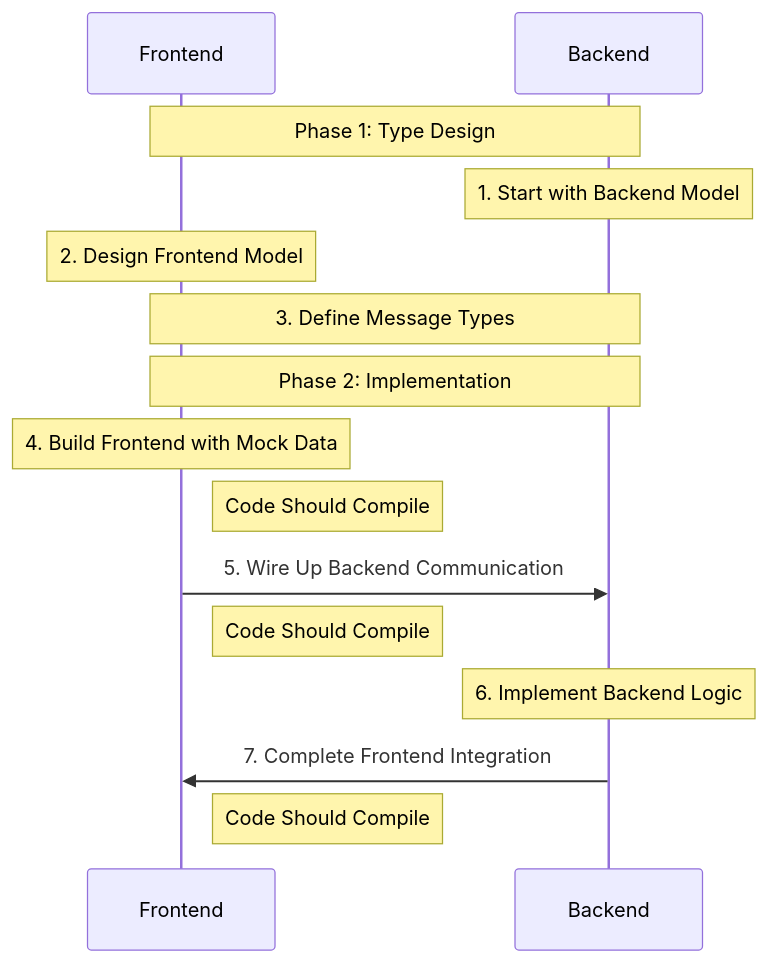
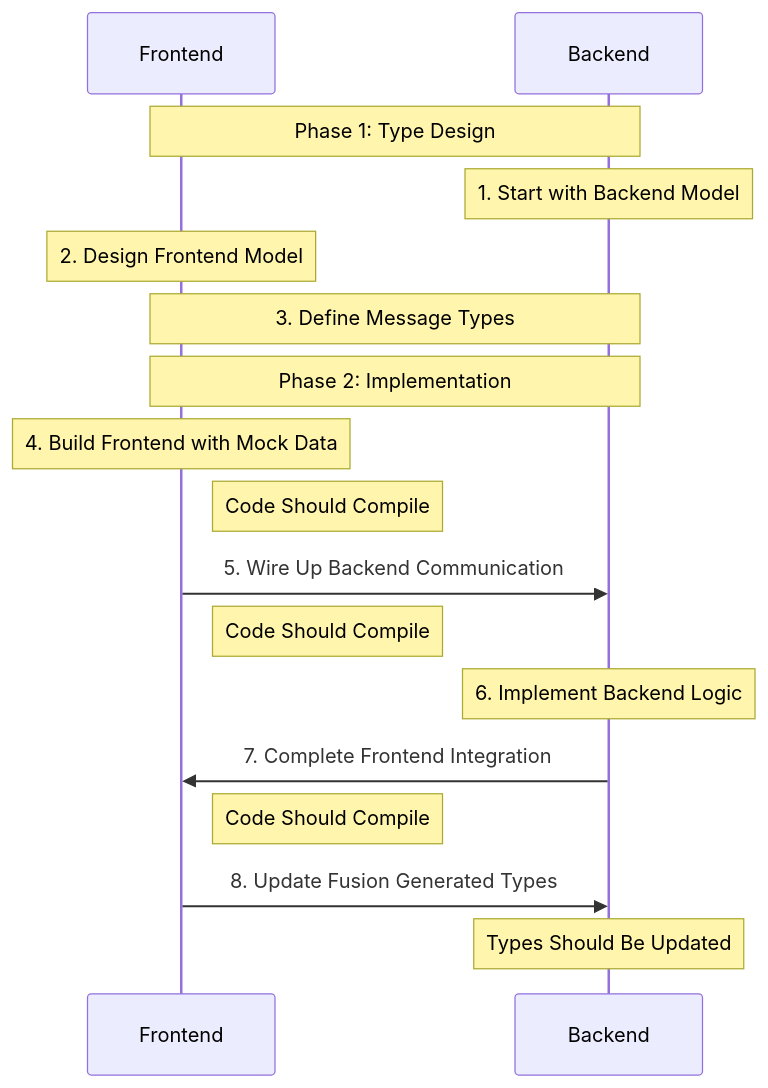
The diagram in docs/The_Lamdera_guide_for_AIs.md (sjalq/starter-project), drawn with Mermaid before and after one commit. The commit also changed other lines of this file, not shown here.

Commit message:
added instruction about fusion

````diff
--- a/docs/The_Lamdera_guide_for_AIs.md
+++ b/docs/The_Lamdera_guide_for_AIs.md
@@ -130,24 +133,27 @@
 ```mermaid
 sequenceDiagram
     participant FE as Frontend
     participant BE as Backend
     
     Note over FE, BE: Phase 1: Type Design
     
     Note over BE: 1. Start with Backend Model
     Note over FE: 2. Design Frontend Model
     Note over FE, BE: 3. Define Message Types
     
     Note over FE, BE: Phase 2: Implementation
     
     Note over FE: 4. Build Frontend with Mock Data
     Note right of FE: Code Should Compile
     
     FE->>BE: 5. Wire Up Backend Communication
     Note right of FE: Code Should Compile
     
     Note over BE: 6. Implement Backend Logic
     
     BE->>FE: 7. Complete Frontend Integration
     Note right of FE: Code Should Compile
+
+    FE->>BE: 8. Update Fusion Generated Types
+    Note over BE: Types Should Be Updated
 ```
````
